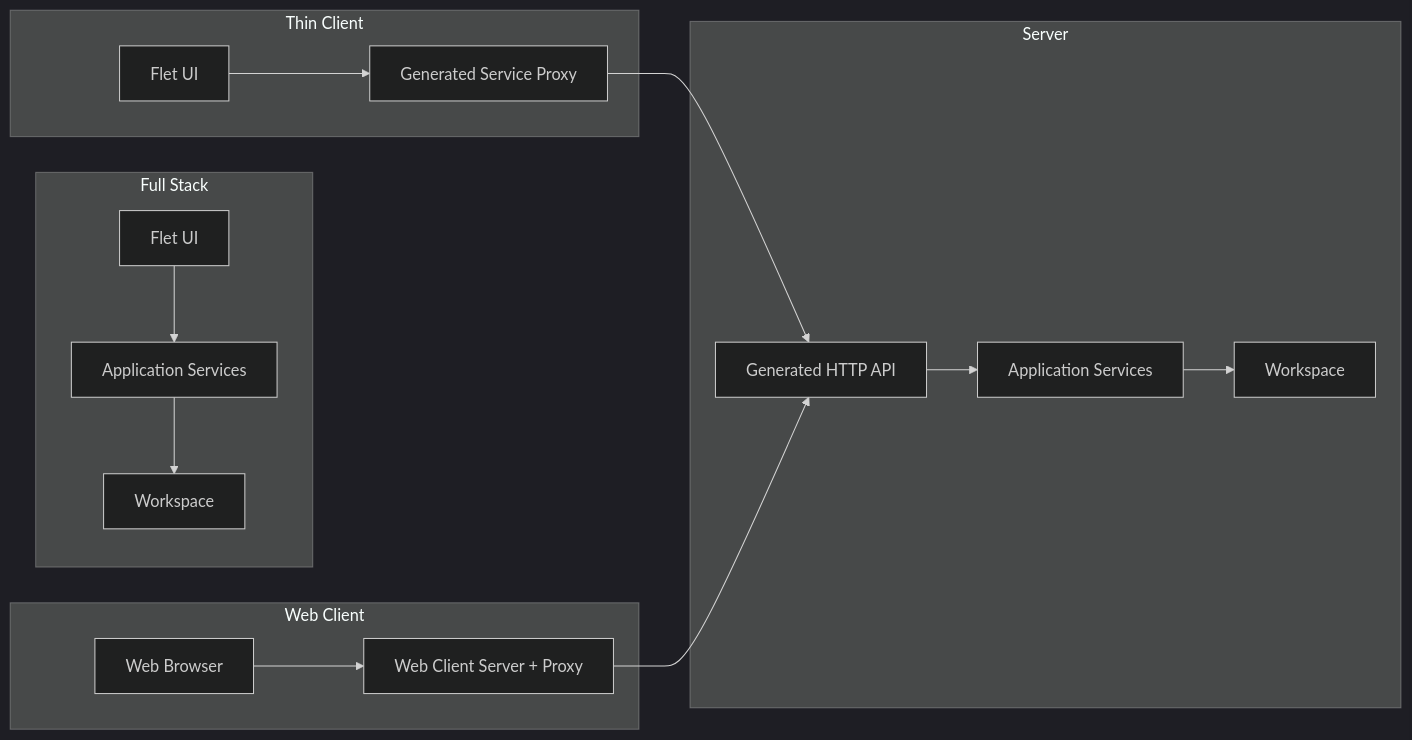
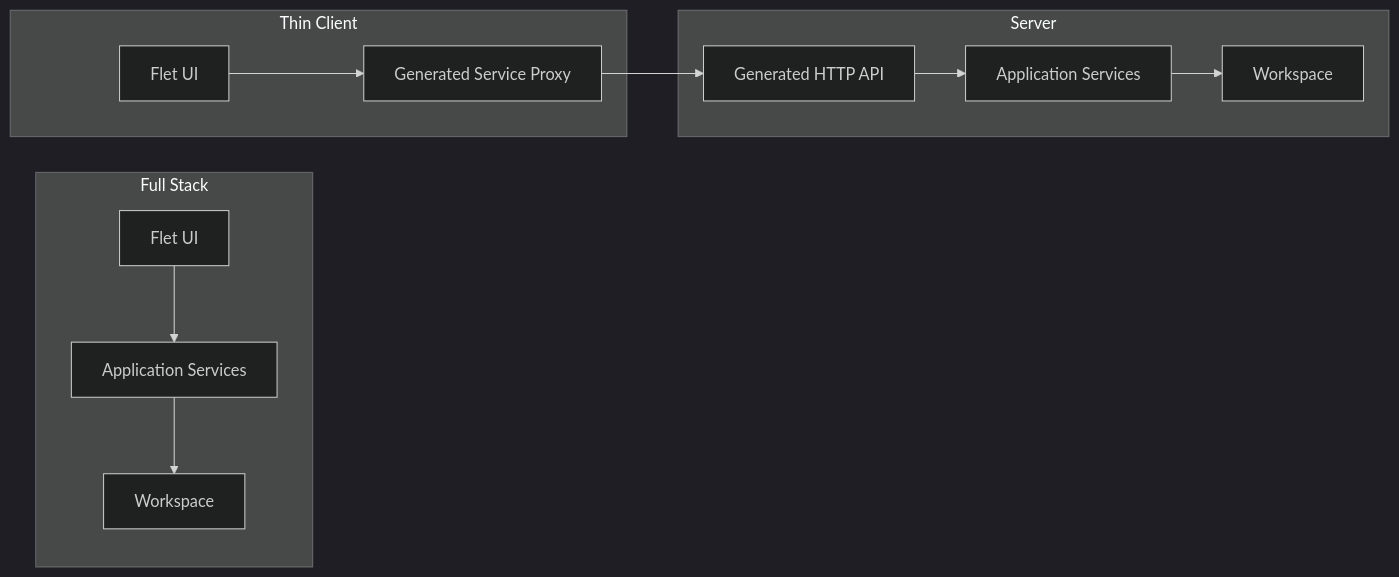
Before and after one commit to svanschooten/Chronicler: the diagram in README.md, drawn with Mermaid (dark theme). The commit also changed other lines of this file and 9 other files, not shown here.

````diff
--- a/README.md
+++ b/README.md
@@ -102,35 +96,28 @@
 ```mermaid
 flowchart LR
 
 subgraph Full Stack
     UI1[Flet UI]
     S1[Application Services]
     DB1[Workspace]
     UI1 --> S1
     S1 --> DB1
 end
 
 subgraph Server
     API[Generated HTTP API]
     S2[Application Services]
     DB2[Workspace]
 
     API --> S2
     S2 --> DB2
 end
 
 subgraph Thin Client
     UI2[Flet UI]
     Proxy[Generated Service Proxy]
     UI2 --> Proxy
 end
 
-subgraph Web Client
-    Browser[Web Browser]
-    WS[Web Client Server + Proxy]
-    Browser --> WS
-end
-
 Proxy --> API
-WS --> API
 ```
````
